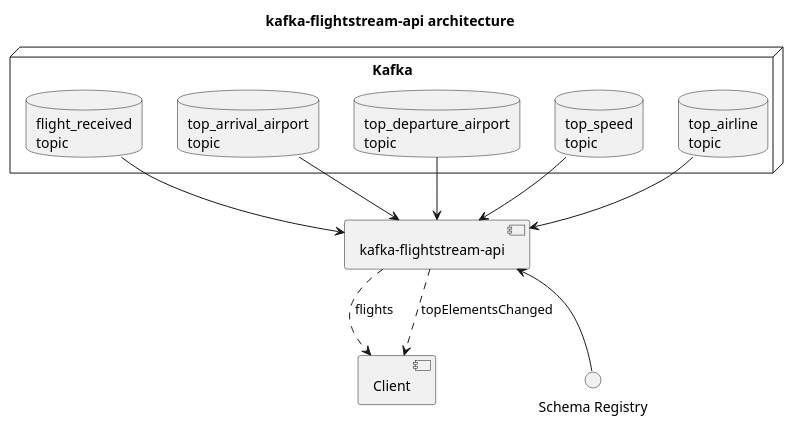
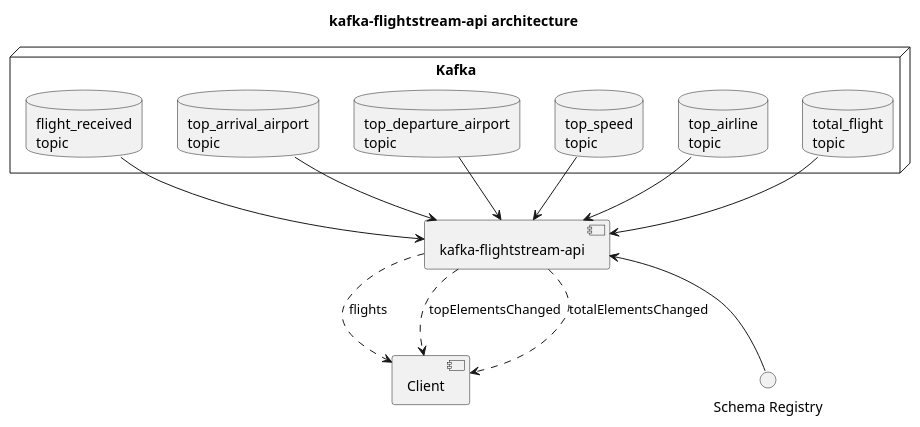
Before and after one commit to bitrockteam/kafka-dvs-api: the diagram in docs/diagram.puml, drawn with PlantUML. The commit also changed 17 other files, not shown here.

Commit message:
added total flight handling

```diff
--- a/docs/diagram.puml
+++ b/docs/diagram.puml
@@ -1,25 +1,28 @@
 @startuml
 title kafka-flightstream-api architecture
 
 [kafka-flightstream-api] as API
 [Client] as client
 
 interface "Schema Registry" as SchemaRegistry
 
 node Kafka {
     database "flight_received\ntopic" as FlightTopic
-    database "top_arrival_airport\ntopic" as ArrivalAirportTopic
-    database "top_departure_airport\ntopic" as DepartureAirportTopic
-    database "top_speed\ntopic" as SpeedTopic
-    database "top_airline\ntopic" as AirlineTopic
+    database "top_arrival_airport\ntopic" as TopArrivalAirportTopic
+    database "top_departure_airport\ntopic" as TopDepartureAirportTopic
+    database "top_speed\ntopic" as TopSpeedTopic
+    database "top_airline\ntopic" as TopAirlineTopic
+    database "total_flight\ntopic" as TotalFlightTopic
 }
 
 FlightTopic --> API
-ArrivalAirportTopic --> API
-DepartureAirportTopic --> API
-SpeedTopic --> API
-AirlineTopic --> API
+TopArrivalAirportTopic --> API
+TopDepartureAirportTopic --> API
+TopSpeedTopic --> API
+TopAirlineTopic --> API
+TotalFlightTopic --> API
 API <-- SchemaRegistry
 API ..> client : flights
 API ..> client : topElementsChanged
+API ..> client : totalElementsChanged
 @enduml
```
